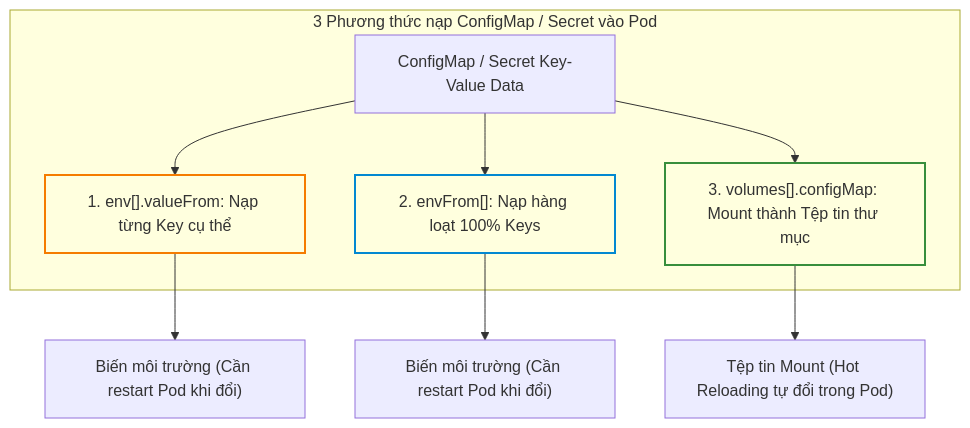
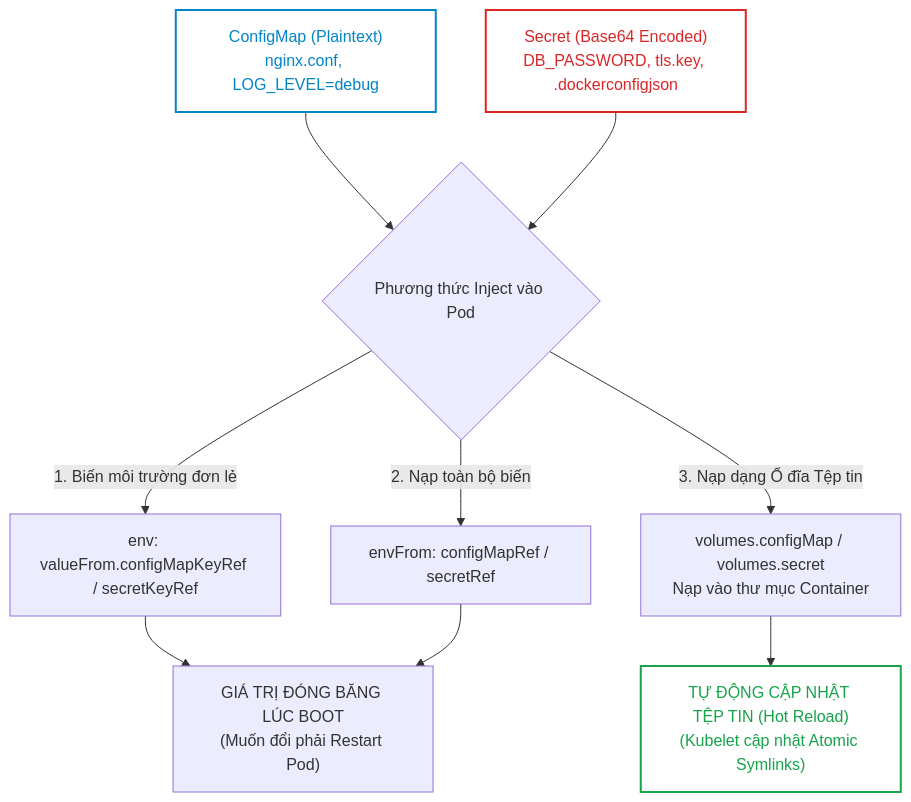
Before and after one commit to kiennt308/ntk: the first of 2 diagrams in _posts/2026-09-12-cka-20-20-cau-hinh-configmap-secret.md, drawn with Mermaid. The commit also changed other lines of this file and 39 other files, not shown here.

````diff
--- a/_posts/2026-09-12-cka-20-20-cau-hinh-configmap-secret.md
+++ b/_posts/2026-09-12-cka-20-20-cau-hinh-configmap-secret.md
@@ -159,16 +51,20 @@
 ```mermaid
-graph TD
-    subgraph Injection_Methods ["3 Phương thức nạp ConfigMap / Secret vào Pod"]
-        CM["ConfigMap / Secret Key-Value Data"] --> ENV_KEY["1. env[].valueFrom: Nạp từng Key cụ thể"]
-        CM --> ENV_BULK["2. envFrom[]: Nạp hàng loạt 100% Keys"]
-        CM --> VOL_MOUNT["3. volumes[].configMap: Mount thành Tệp tin thư mục"]
-    end
+flowchart TD
+    classDef cm fill:none,stroke:#0284c7,stroke-width:2px,color:#0284c7;
+    classDef sec fill:none,stroke:#dc2626,stroke-width:2px,color:#dc2626;
+    classDef pod fill:none,stroke:#16a34a,stroke-width:2px,color:#16a34a;
 
-    ENV_KEY --> POD_RUN1["Biến môi trường (Cần restart Pod khi đổi)"]
-    ENV_BULK --> POD_RUN2["Biến môi trường (Cần restart Pod khi đổi)"]
-    VOL_MOUNT --> POD_RUN3["Tệp tin Mount (Hot Reloading tự đổi trong Pod)"]
+    CM["ConfigMap (Plaintext)<br>nginx.conf, LOG_LEVEL=debug"]:::cm
+    SEC["Secret (Base64 Encoded)<br>DB_PASSWORD, tls.key, .dockerconfigjson"]:::sec
 
-    style ENV_KEY fill:none,stroke:#f57c00,stroke-width:2px
-    style ENV_BULK fill:none,stroke:#0288d1,stroke-width:2px
-    style VOL_MOUNT fill:none,stroke:#388e3c,stroke-width:2px
+    CM --> InjectType{"Phương thức Inject vào Pod"}
+    SEC --> InjectType
+
+    InjectType -->|1. Biến môi trường đơn lẻ| Env1["env: valueFrom.configMapKeyRef / secretKeyRef"]
+    InjectType -->|2. Nạp toàn bộ biến| EnvAll["envFrom: configMapRef / secretRef"]
+    InjectType -->|3. Nạp dạng Ổ đĩa Tệp tin| VolMount["volumes.configMap / volumes.secret<br>Nạp vào thư mục Container"]
+
+    Env1 --> FrozenPod["GIÁ TRỊ ĐÓNG BĂNG LÚC BOOT<br>(Muốn đổi phải Restart Pod)"]
+    EnvAll --> FrozenPod
+    VolMount --> HotReloadPod["TỰ ĐỘNG CẬP NHẬT TỆP TIN (Hot Reload)<br>(Kubelet cập nhật Atomic Symlinks)"]:::pod
 ```
````
